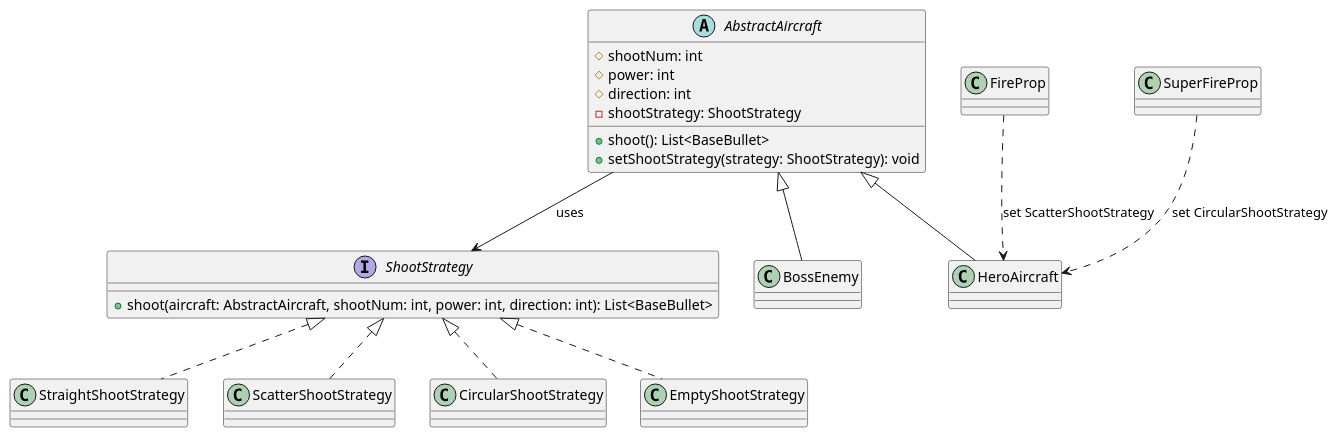
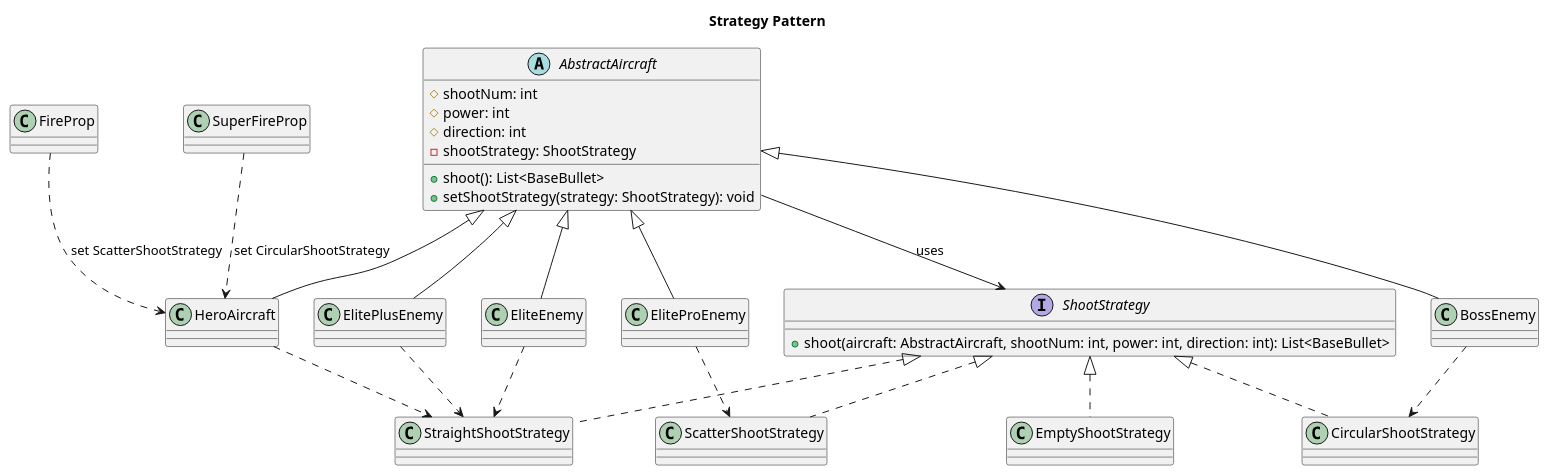
One commit to 520ououo/My-CS-learning-Process changed the diagram in Coursework/software_engineering/AircraftWar-base1.0/uml/ShootStrategy.puml. Above: the diagram before and after it, drawn with PlantUML. The commit also changed 7 other files, not shown here.

```diff
--- a/Coursework/software_engineering/AircraftWar-base1.0/uml/ShootStrategy.puml
+++ b/Coursework/software_engineering/AircraftWar-base1.0/uml/ShootStrategy.puml
@@ -1,40 +1,54 @@
 @startuml
 ' Strategy pattern for shooting trajectories
+
+title Strategy Pattern
 
 interface ShootStrategy {
   + shoot(aircraft: AbstractAircraft, shootNum: int, power: int, direction: int): List<BaseBullet>
 }
 
 class StraightShootStrategy
 class ScatterShootStrategy
 class CircularShootStrategy
 class EmptyShootStrategy
 
 ShootStrategy <|.. StraightShootStrategy
 ShootStrategy <|.. ScatterShootStrategy
 ShootStrategy <|.. CircularShootStrategy
 ShootStrategy <|.. EmptyShootStrategy
 
 abstract class AbstractAircraft {
   # shootNum: int
   # power: int
   # direction: int
   - shootStrategy: ShootStrategy
   + shoot(): List<BaseBullet>
   + setShootStrategy(strategy: ShootStrategy): void
 }
 
 AbstractAircraft --> ShootStrategy : uses
 
 class HeroAircraft
+class EliteEnemy
+class ElitePlusEnemy
+class EliteProEnemy
 class BossEnemy
 class FireProp
 class SuperFireProp
 
 AbstractAircraft <|-- HeroAircraft
+AbstractAircraft <|-- EliteEnemy
+AbstractAircraft <|-- ElitePlusEnemy
+AbstractAircraft <|-- EliteProEnemy
 AbstractAircraft <|-- BossEnemy
+
+HeroAircraft ..> StraightShootStrategy
+EliteEnemy ..> StraightShootStrategy
+ElitePlusEnemy ..> StraightShootStrategy
+EliteProEnemy ..> ScatterShootStrategy
+BossEnemy ..> CircularShootStrategy
 
 FireProp ..> HeroAircraft : set ScatterShootStrategy
 SuperFireProp ..> HeroAircraft : set CircularShootStrategy
 
 @enduml
```
